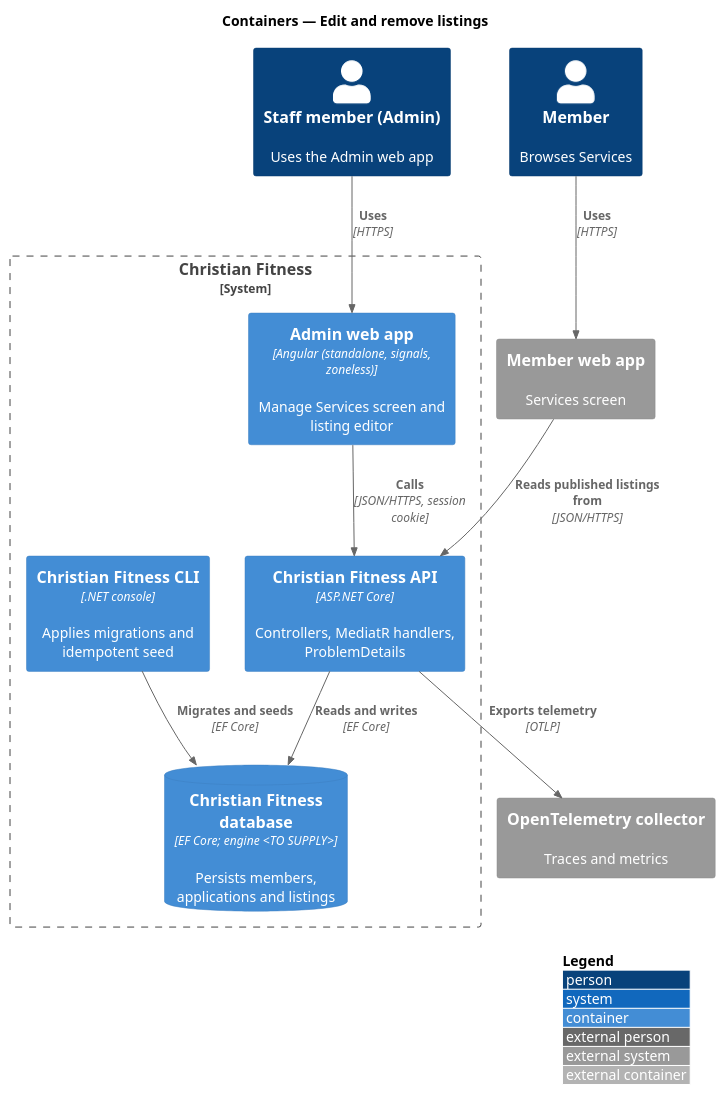
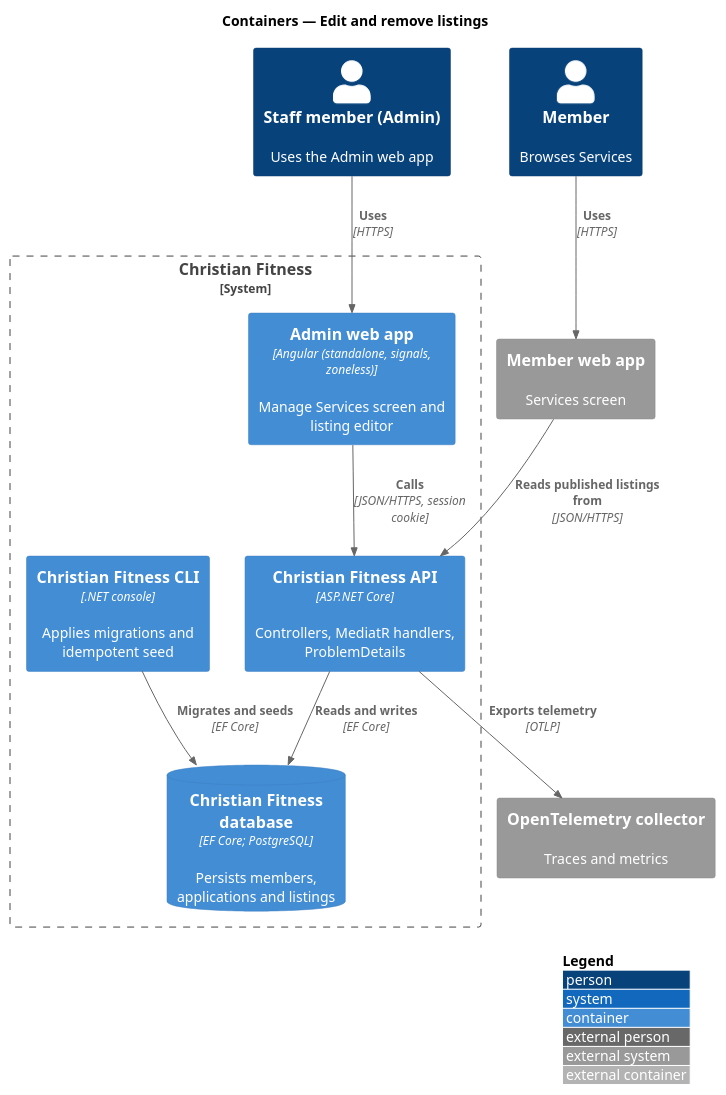
The diagram in docs/detailed-designs/admin-services/edit-and-remove-listings/diagrams/c4-container.puml (QuinntyneBrown/christian-fitness), drawn with PlantUML before and after one commit. The commit also changed 137 other files, not shown here.

First line of the commit message:
Align slice 1.2 requirements and designs: PostgreSQL, settings page, health and ProblemDetails codes

```diff
--- a/docs/detailed-designs/admin-services/edit-and-remove-listings/diagrams/c4-container.puml
+++ b/docs/detailed-designs/admin-services/edit-and-remove-listings/diagrams/c4-container.puml
@@ -1,24 +1,24 @@
 @startuml
 !include <C4/C4_Container>
 LAYOUT_WITH_LEGEND()
 title Containers — Edit and remove listings
 
 Person(user, "Staff member (Admin)", "Uses the Admin web app")
 Person(member, "Member", "Browses Services")
 System_Ext(web, "Member web app", "Services screen")
 System_Boundary(cf, "Christian Fitness") {
   Container(admin, "Admin web app", "Angular (standalone, signals, zoneless)", "Manage Services screen and listing editor")
   Container(api, "Christian Fitness API", "ASP.NET Core", "Controllers, MediatR handlers, ProblemDetails")
   Container(cli, "Christian Fitness CLI", ".NET console", "Applies migrations and idempotent seed")
-  ContainerDb(db, "Christian Fitness database", "EF Core; engine <TO SUPPLY>", "Persists members, applications and listings")
+  ContainerDb(db, "Christian Fitness database", "EF Core; PostgreSQL", "Persists members, applications and listings")
 }
 System_Ext(otel, "OpenTelemetry collector", "Traces and metrics")
 
 Rel(user, admin, "Uses", "HTTPS")
 Rel(admin, api, "Calls", "JSON/HTTPS, session cookie")
 Rel(api, db, "Reads and writes", "EF Core")
 Rel(cli, db, "Migrates and seeds", "EF Core")
 Rel(api, otel, "Exports telemetry", "OTLP")
 Rel(member, web, "Uses", "HTTPS")
 Rel(web, api, "Reads published listings from", "JSON/HTTPS")
 @enduml
```
